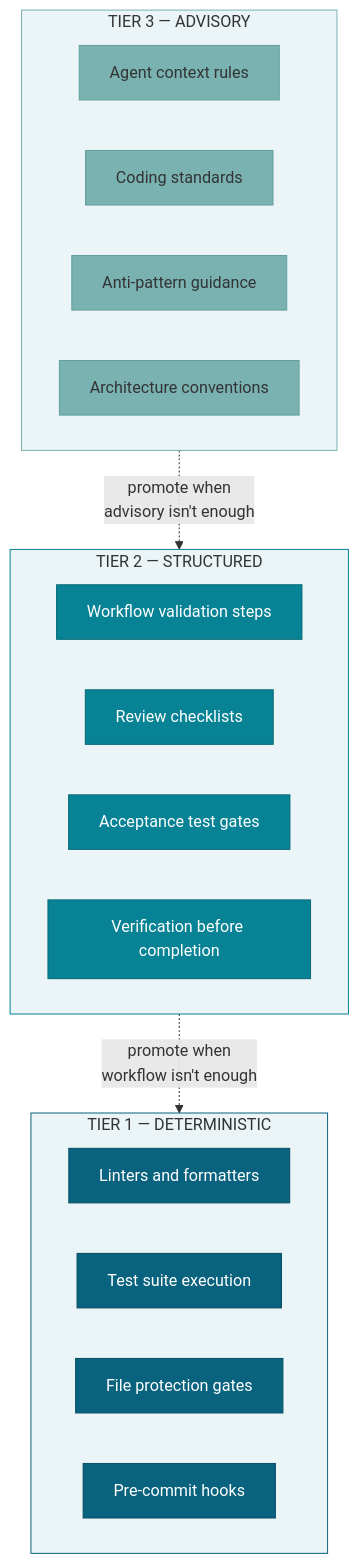
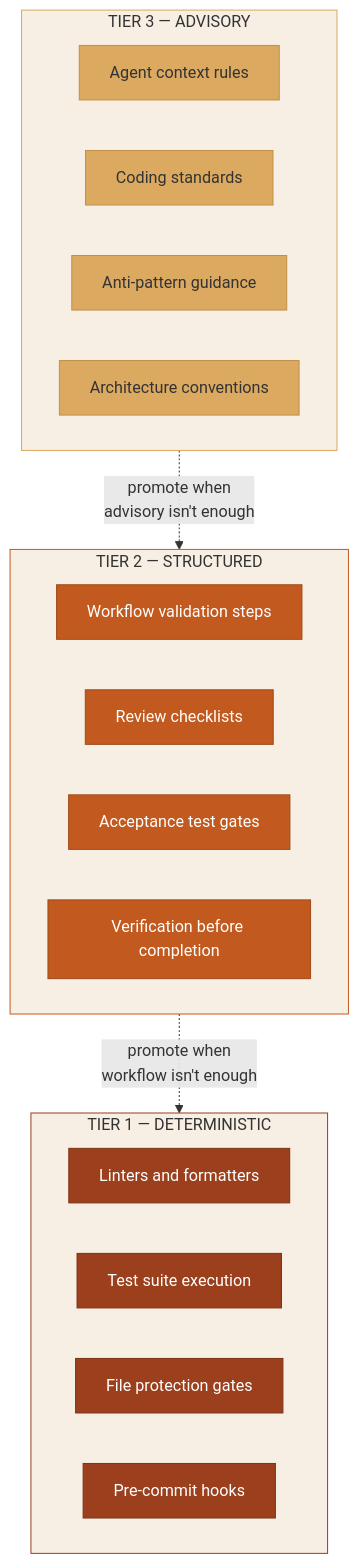
The fourth of 4 diagrams in docs/philosophy.md (iamsteveholmes/momentum), drawn with Mermaid before and after one commit. The commit also changed other lines of this file and 4 other files, not shown here.

````diff
--- a/docs/philosophy.md
+++ b/docs/philosophy.md
@@ -102,42 +102,42 @@
 ```mermaid
 graph TD
     subgraph tier1 ["TIER 1 — DETERMINISTIC"]
         D1["Linters and formatters"]
         D2["Test suite execution"]
         D3["File protection gates"]
         D4["Pre-commit hooks"]
     end
 
     subgraph tier2 ["TIER 2 — STRUCTURED"]
         S1["Workflow validation steps"]
         S2["Review checklists"]
         S3["Acceptance test gates"]
         S4["Verification before completion"]
     end
 
     subgraph tier3 ["TIER 3 — ADVISORY"]
         A1["Agent context rules"]
         A2["Coding standards"]
         A3["Anti-pattern guidance"]
         A4["Architecture conventions"]
     end
 
     tier3 -. "promote when<br/>advisory isn't enough" .-> tier2
     tier2 -. "promote when<br/>workflow isn't enough" .-> tier1
 
-    style tier1 fill:#EBF4F6,stroke:#09637E,color:#333
-    style tier2 fill:#EBF4F6,stroke:#088395,color:#333
-    style tier3 fill:#EBF4F6,stroke:#7AB2B2,color:#333
-    style D1 fill:#09637E,stroke:#074f65,color:#fff
-    style D2 fill:#09637E,stroke:#074f65,color:#fff
-    style D3 fill:#09637E,stroke:#074f65,color:#fff
-    style D4 fill:#09637E,stroke:#074f65,color:#fff
-    style S1 fill:#088395,stroke:#066a78,color:#fff
-    style S2 fill:#088395,stroke:#066a78,color:#fff
-    style S3 fill:#088395,stroke:#066a78,color:#fff
-    style S4 fill:#088395,stroke:#066a78,color:#fff
-    style A1 fill:#7AB2B2,stroke:#629e9e,color:#333
-    style A2 fill:#7AB2B2,stroke:#629e9e,color:#333
-    style A3 fill:#7AB2B2,stroke:#629e9e,color:#333
-    style A4 fill:#7AB2B2,stroke:#629e9e,color:#333
+    style tier1 fill:#F7EFE3,stroke:#9C3F1C,color:#333
+    style tier2 fill:#F7EFE3,stroke:#C25A1F,color:#333
+    style tier3 fill:#F7EFE3,stroke:#DBA960,color:#333
+    style D1 fill:#9C3F1C,stroke:#7E3214,color:#fff
+    style D2 fill:#9C3F1C,stroke:#7E3214,color:#fff
+    style D3 fill:#9C3F1C,stroke:#7E3214,color:#fff
+    style D4 fill:#9C3F1C,stroke:#7E3214,color:#fff
+    style S1 fill:#C25A1F,stroke:#A04A18,color:#fff
+    style S2 fill:#C25A1F,stroke:#A04A18,color:#fff
+    style S3 fill:#C25A1F,stroke:#A04A18,color:#fff
+    style S4 fill:#C25A1F,stroke:#A04A18,color:#fff
+    style A1 fill:#DBA960,stroke:#C28F47,color:#333
+    style A2 fill:#DBA960,stroke:#C28F47,color:#333
+    style A3 fill:#DBA960,stroke:#C28F47,color:#333
+    style A4 fill:#DBA960,stroke:#C28F47,color:#333
 ```
````
